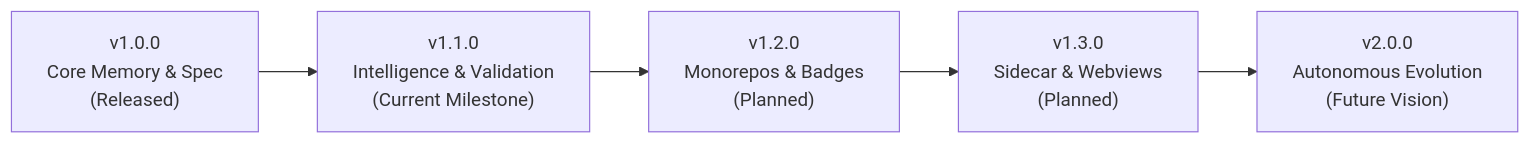
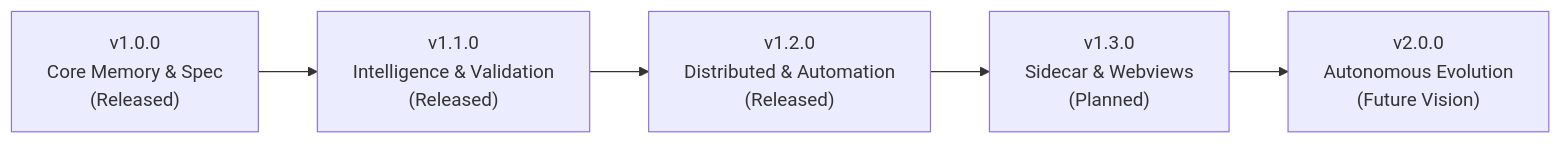
The diagram in docs/roadmap.md (YotaGod/blublu), drawn with Mermaid before and after one commit. The commit also changed 24 other files, not shown here.

````diff
--- a/docs/roadmap.md
+++ b/docs/roadmap.md
@@ -9,7 +9,7 @@
 ```mermaid
 flowchart LR
-    v10["v1.0.0<br/>Core Memory & Spec<br/>(Released)"] --> v11["v1.1.0<br/>Intelligence & Validation<br/>(Current Milestone)"]
-    v11 --> v12["v1.2.0<br/>Monorepos & Badges<br/>(Planned)"]
+    v10["v1.0.0<br/>Core Memory & Spec<br/>(Released)"] --> v11["v1.1.0<br/>Intelligence & Validation<br/>(Released)"]
+    v11 --> v12["v1.2.0<br/>Distributed & Automation<br/>(Released)"]
     v12 --> v13["v1.3.0<br/>Sidecar & Webviews<br/>(Planned)"]
     v13 --> v20["v2.0.0<br/>Autonomous Evolution<br/>(Future Vision)"]
 ```
````
